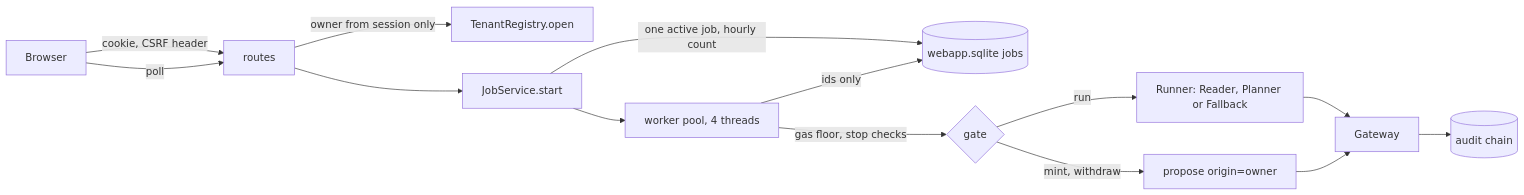
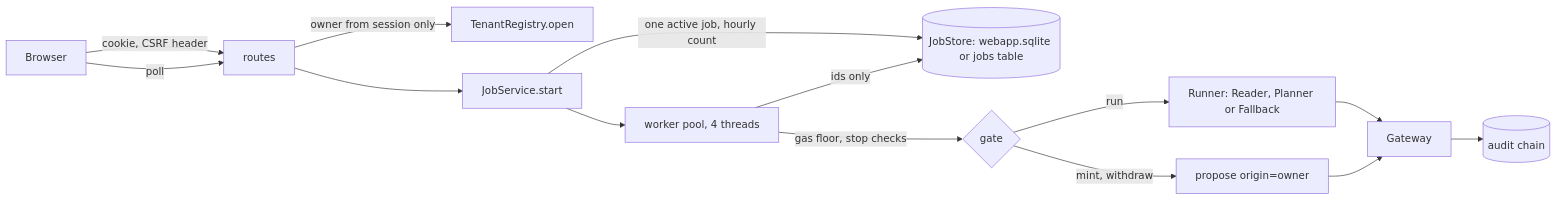
One commit to thaicuong576/agent-wallet changed the first of 2 diagrams in docs/architecture/webapp.md. Above: the diagram before and after it, drawn with Mermaid. The commit also changed other lines of this file and 18 other files, not shown here.

First line of the commit message:
feat(webapp): run the multi-owner app on the StorageBackend (Postgres or SQLite) (#101)

````diff
--- a/docs/architecture/webapp.md
+++ b/docs/architecture/webapp.md
@@ -16,16 +17,16 @@
 ```mermaid
 flowchart LR
   B[Browser] -->|cookie, CSRF header| R[routes]
   R -->|owner from session only| T[TenantRegistry.open]
   R --> J[JobService.start]
-  J -->|one active job, hourly count| DB[(webapp.sqlite jobs)]
+  J -->|one active job, hourly count| DB[(JobStore: webapp.sqlite or jobs table)]
   J --> W[worker pool, 4 threads]
   W -->|gas floor, stop checks| G{gate}
   G -->|run| RN[Runner: Reader, Planner or Fallback]
   G -->|mint, withdraw| OW[propose origin=owner]
   RN --> GW[Gateway]
   OW --> GW
   GW --> AU[(audit chain)]
   W -->|ids only| DB
   B -->|poll| R
 ```
````
